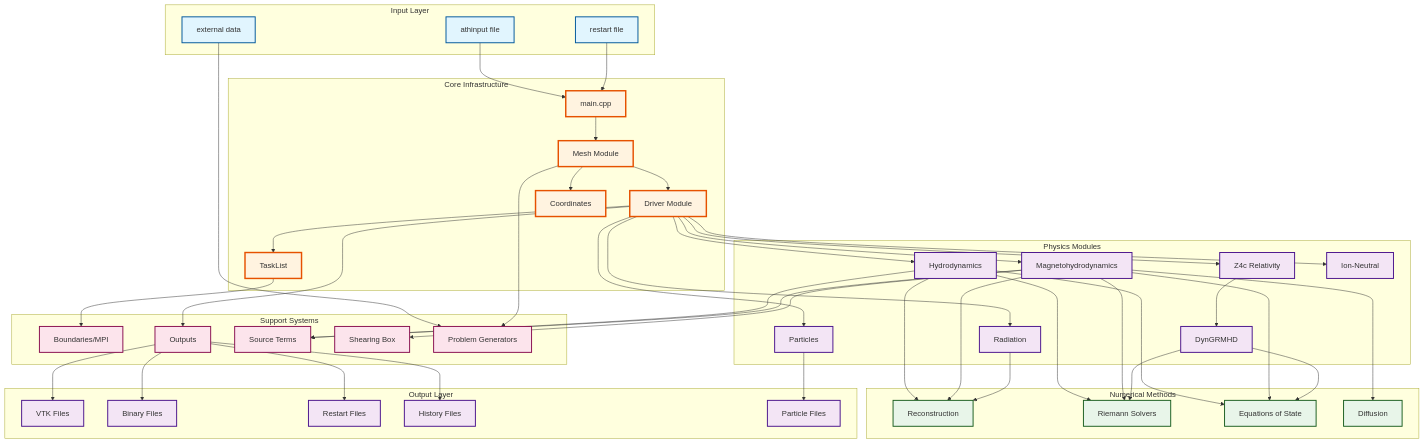
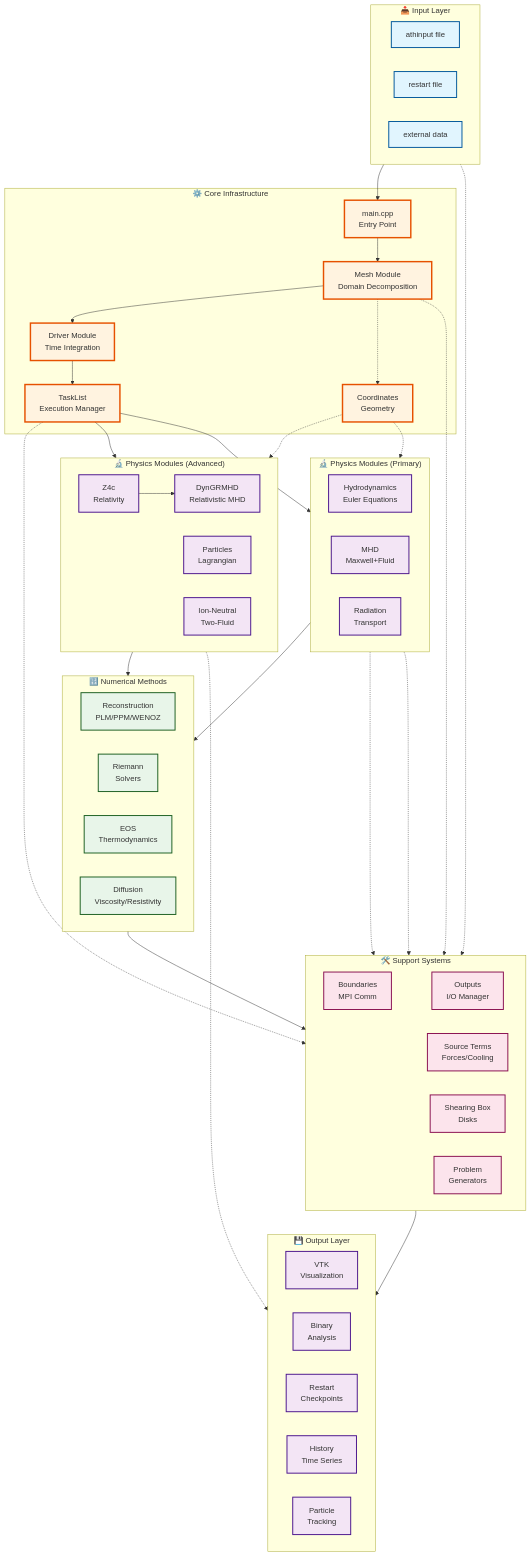
One commit to dfielding14/athenak changed the first of 7 diagrams in docs/source/flowcharts/system_architecture.md. Above: the diagram before and after it, drawn with Mermaid. The commit also changed other lines of this file, not shown here.

Commit message:
Fix flowchart vertical layout for better legibility
- Changed Complete System Overview from horizontal to vertical flow
- Reorganized modules into horizontal groups within vertical pipeline
- Made Execution Flow fully vertical with clear phases
- Added emoji icons and descriptions for clarity
- Improved readability by reducing horizontal spread

````diff
--- a/docs/source/flowcharts/system_architecture.md
+++ b/docs/source/flowcharts/system_architecture.md
@@ -5,98 +5,89 @@
 ```{mermaid}
-flowchart TB
-    subgraph Input["Input Layer"]
+flowchart TD
+    subgraph Input["📥 Input Layer"]
+        direction LR
         ATHINPUT[athinput file]
         RESTART[restart file]
         EXTDATA[external data]
     end
 
-    subgraph Core["Core Infrastructure"]
-        MAIN[main.cpp]
-        MESH[Mesh Module]
-        DRIVER[Driver Module]
-        TASKS[TaskList]
-        COORDS[Coordinates]
+    subgraph Core["⚙️ Core Infrastructure"]
+        MAIN[main.cpp<br/>Entry Point]
+        MESH[Mesh Module<br/>Domain Decomposition]
+        DRIVER[Driver Module<br/>Time Integration]
+        TASKS[TaskList<br/>Execution Manager]
+        COORDS[Coordinates<br/>Geometry]
     end
 
-    subgraph Physics["Physics Modules"]
-        HYDRO[Hydrodynamics]
-        MHD[Magnetohydrodynamics]
-        RAD[Radiation]
-        Z4C[Z4c Relativity]
-        GRMHD[DynGRMHD]
-        PARTICLES[Particles]
-        IONNEUTRAL[Ion-Neutral]
+    subgraph PhysicsRow1["🔬 Physics Modules (Primary)"]
+        direction LR
+        HYDRO[Hydrodynamics<br/>Euler Equations]
+        MHD[MHD<br/>Maxwell+Fluid]
+        RAD[Radiation<br/>Transport]
     end
 
-    subgraph Numerical["Numerical Methods"]
-        RECON[Reconstruction]
-        RIEMANN[Riemann Solvers]
-        EOS[Equations of State]
-        DIFF[Diffusion]
+    subgraph PhysicsRow2["🔬 Physics Modules (Advanced)"]
+        direction LR
+        Z4C[Z4c<br/>Relativity]
+        GRMHD[DynGRMHD<br/>Relativistic MHD]
+        PARTICLES[Particles<br/>Lagrangian]
+        IONNEUTRAL[Ion-Neutral<br/>Two-Fluid]
     end
 
-    subgraph Support["Support Systems"]
-        BVALS[Boundaries/MPI]
-        OUTPUTS[Outputs]
-        SRCTERMS[Source Terms]
-        SHEARBOX[Shearing Box]
-        PGEN[Problem Generators]
+    subgraph Numerical["🔢 Numerical Methods"]
+        direction LR
+        RECON[Reconstruction<br/>PLM/PPM/WENOZ]
+        RIEMANN[Riemann<br/>Solvers]
+        EOS[EOS<br/>Thermodynamics]
+        DIFF[Diffusion<br/>Viscosity/Resistivity]
     end
 
-    subgraph Output["Output Layer"]
-        VTK[VTK Files]
-        BIN[Binary Files]
-        RST[Restart Files]
-        HST[History Files]
-        PART[Particle Files]
+    subgraph Support["🛠️ Support Systems"]
+        direction LR
+        BVALS[Boundaries<br/>MPI Comm]
+        OUTPUTS[Outputs<br/>I/O Manager]
+        SRCTERMS[Source Terms<br/>Forces/Cooling]
+        SHEARBOX[Shearing Box<br/>Disks]
+        PGEN[Problem<br/>Generators]
     end
 
-    %% Input connections
-    ATHINPUT --> MAIN
-    RESTART --> MAIN
-    EXTDATA --> PGEN
+    subgraph Output["💾 Output Layer"]
+        direction LR
+        VTK[VTK<br/>Visualization]
+        BIN[Binary<br/>Analysis]
+        RST[Restart<br/>Checkpoints]
+        HST[History<br/>Time Series]
+        PART[Particle<br/>Tracking]
+    end
 
-    %% Core connections
+    %% Vertical flow - main pipeline
+    Input --> MAIN
     MAIN --> MESH
     MESH --> DRIVER
     DRIVER --> TASKS
-    MESH --> COORDS
+    TASKS --> PhysicsRow1
+    TASKS --> PhysicsRow2
+    PhysicsRow1 --> Numerical
+    PhysicsRow2 --> Numerical
+    Numerical --> Support
+    Support --> OUTPUTS
+    OUTPUTS --> Output
+
+    %% Core connections
+    MESH -.-> COORDS
+    COORDS -.-> PhysicsRow1
+    COORDS -.-> PhysicsRow2
     
-    %% Physics initialization
-    DRIVER --> HYDRO
-    DRIVER --> MHD
-    DRIVER --> RAD
-    DRIVER --> Z4C
+    %% Physics details
     Z4C --> GRMHD
-    DRIVER --> PARTICLES
-    DRIVER --> IONNEUTRAL
-
-    %% Numerical methods used by physics
-    HYDRO --> RECON
-    HYDRO --> RIEMANN
-    HYDRO --> EOS
-    MHD --> RECON
-    MHD --> RIEMANN
-    MHD --> EOS
-    MHD --> DIFF
-    RAD --> RECON
-    GRMHD --> RIEMANN
-    GRMHD --> EOS
-
-    %% Support systems
-    TASKS --> BVALS
-    DRIVER --> OUTPUTS
-    HYDRO --> SRCTERMS
-    MHD --> SRCTERMS
-    MHD --> SHEARBOX
-    MESH --> PGEN
-
-    %% Output generation
-    OUTPUTS --> VTK
-    OUTPUTS --> BIN
-    OUTPUTS --> RST
-    OUTPUTS --> HST
-    PARTICLES --> PART
+    
+    %% Support connections
+    TASKS -.-> BVALS
+    PhysicsRow1 -.-> SRCTERMS
+    MHD -.-> SHEARBOX
+    MESH -.-> PGEN
+    EXTDATA -.-> PGEN
+    PARTICLES -.-> PART
 
     %% Click handlers for navigation
     click MESH "../modules/mesh.html" "Go to Mesh Module"
````
